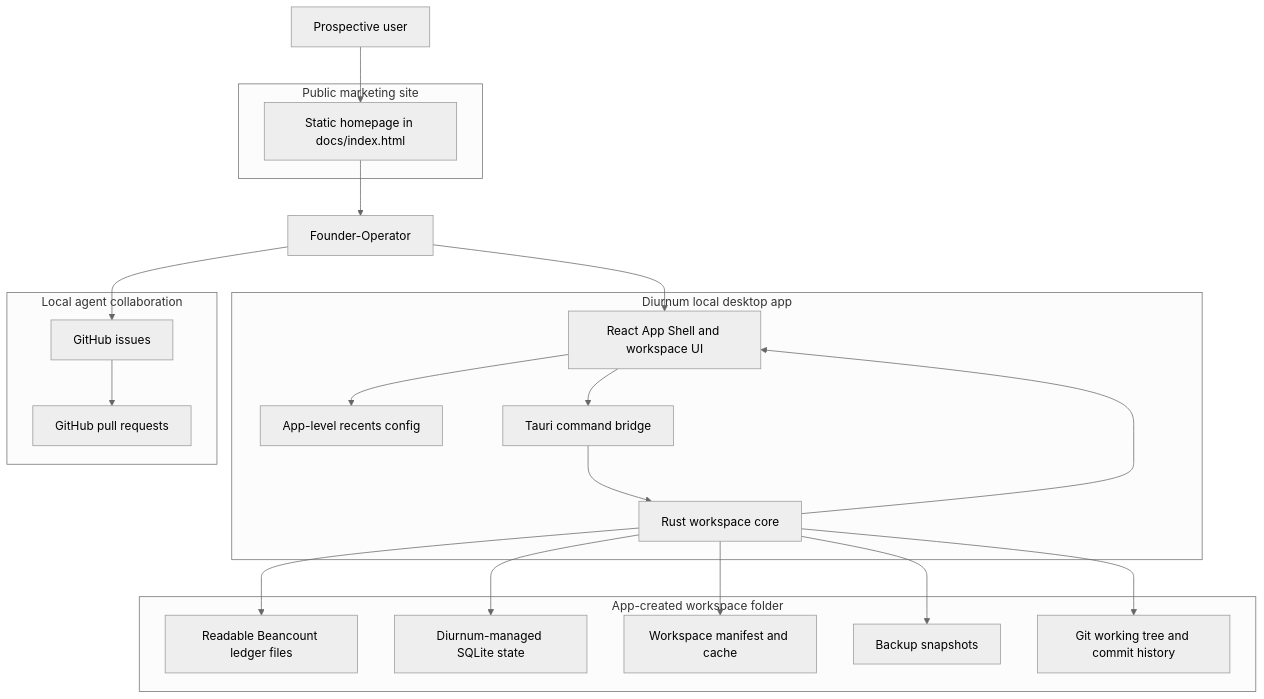
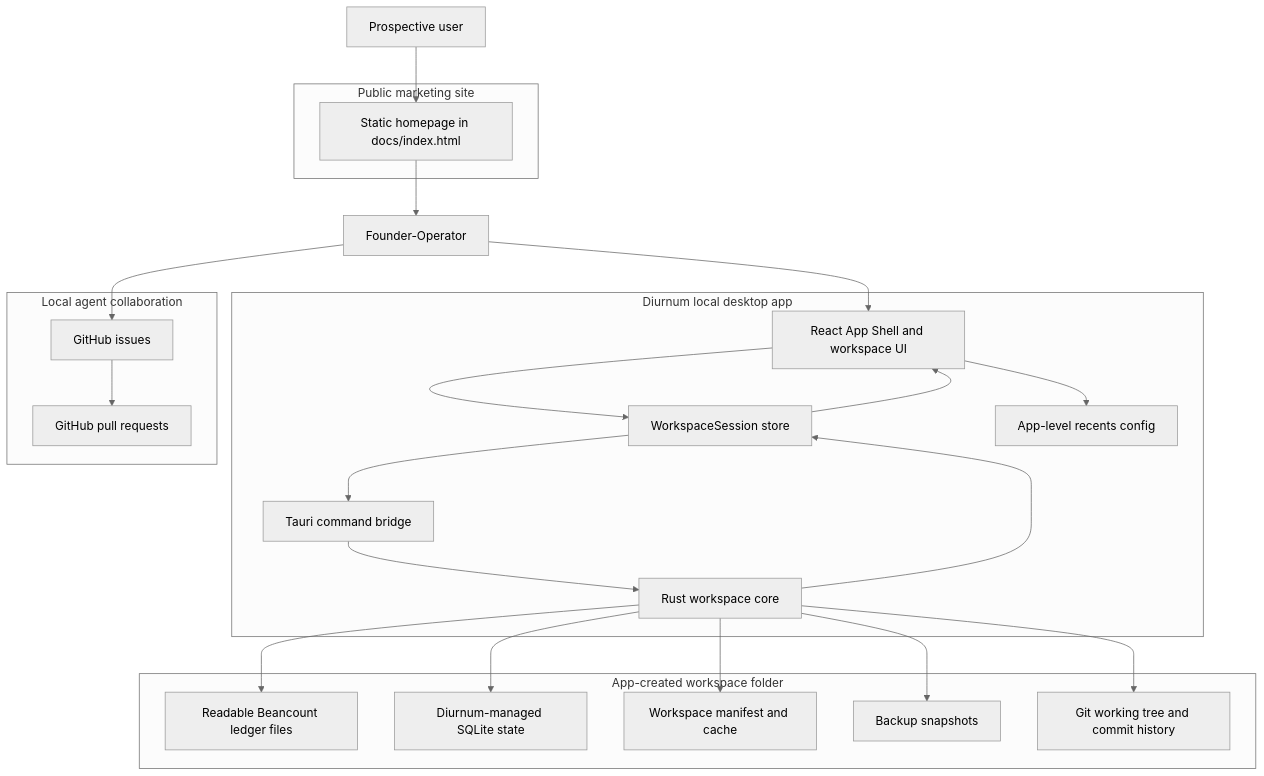
The first of 4 diagrams in docs/architecture.md (Diurnum-Dev/Diurnum), drawn with Mermaid (neutral theme) before and after one commit. The commit also changed other lines of this file, not shown here.

First line of the commit message:
docs(architecture): record the WorkspaceSession store and view command

````diff
--- a/docs/architecture.md
+++ b/docs/architecture.md
@@ -7,44 +7,47 @@
 ```mermaid
 flowchart TB
   User[Founder-Operator]
   Visitor[Prospective user]
 
   subgraph Site[Public marketing site]
     Homepage[Static homepage in docs/index.html]
   end
 
   subgraph App[Diurnum local desktop app]
     UI[React App Shell and workspace UI]
+    Session[WorkspaceSession store]
     AppConfig[App-level recents config]
     Bridge[Tauri command bridge]
     Core[Rust workspace core]
   end
 
   subgraph Workspace[App-created workspace folder]
     Ledger[Readable Beancount ledger files]
     LocalState[Diurnum-managed SQLite state]
     Manifest[Workspace manifest and cache]
     Snapshots[Backup snapshots]
     GitRepo[Git working tree and commit history]
   end
 
   subgraph Collaboration[Local agent collaboration]
     Issues[GitHub issues]
     PRs[GitHub pull requests]
   end
 
   User --> UI
   Visitor --> Homepage
   Homepage --> User
   UI --> AppConfig
-  UI --> Bridge
+  UI --> Session
+  Session --> Bridge
   Bridge --> Core
   Core --> Ledger
   Core --> LocalState
   Core --> Manifest
   Core --> Snapshots
   Core --> GitRepo
-  Core --> UI
+  Core --> Session
+  Session --> UI
   User --> Issues
   Issues --> PRs
 ```
````
